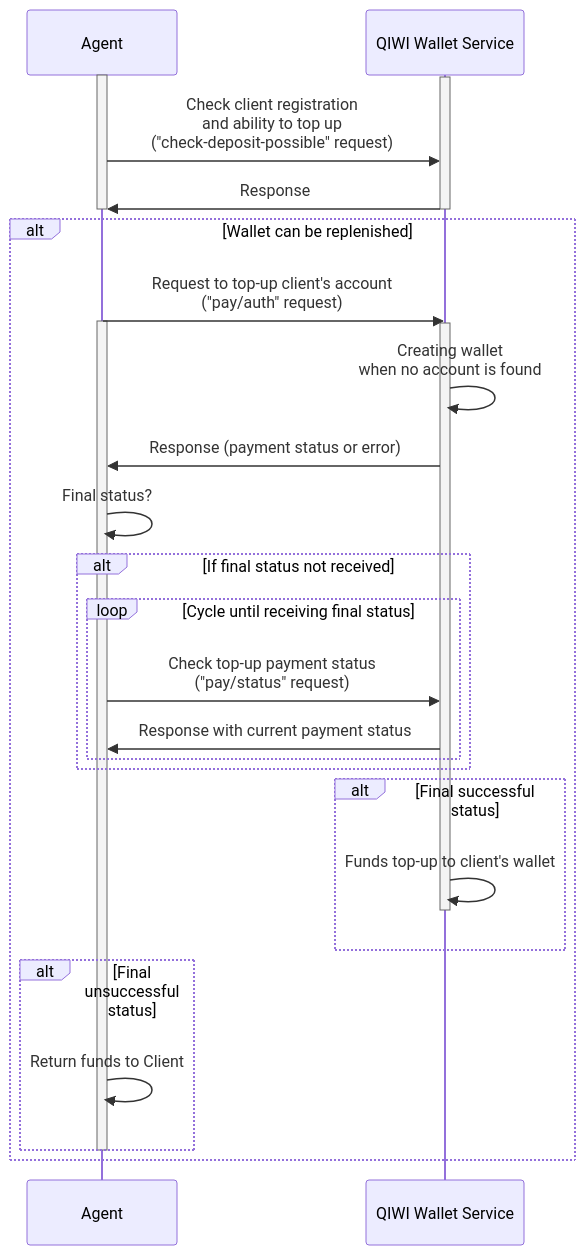
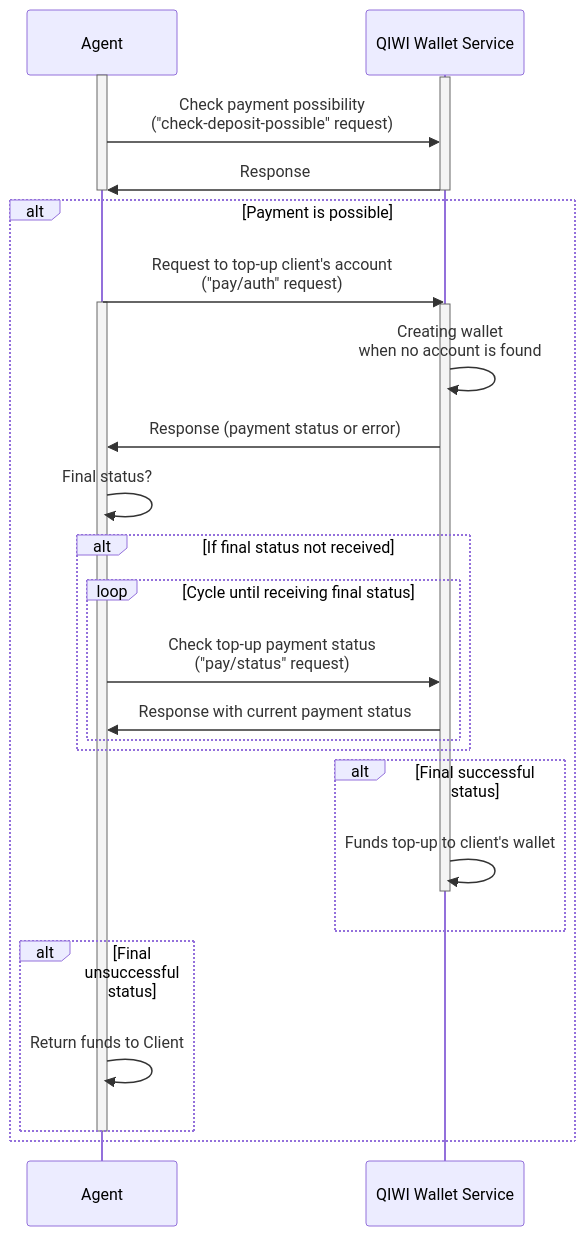
Before and after one commit to QIWI-API/topup-wallet-docs: the diagram in topup-wallet_en.html.md, drawn with Mermaid. The commit also changed other lines of this file and 13 other files, not shown here.

```diff
--- a/topup-wallet_en.html.md
+++ b/topup-wallet_en.html.md
@@ -89,33 +89,33 @@
 <div class="mermaid">
 sequenceDiagram
 participant Agent
 participant qb as QIWI Wallet Service
 activate Agent  
 activate qb  
-Agent->>qb:Check client registration<br>and ability to top up<br>("check-deposit-possible" request)
+Agent->>qb:Check payment possibility<br>("check-deposit-possible" request)
 qb->>Agent:Response
 deactivate Agent 
 deactivate qb  
-alt Wallet can be replenished
+alt Payment is possible
 Agent->>qb:Request to top-up client's account<br>("pay/auth" request)
 activate Agent  
 activate qb  
 qb->>qb:Creating wallet <br>when no account is found
 qb->>Agent:Response (payment status or error)
 Agent->>Agent:Final status?
 alt If final status not received
 loop Cycle until receiving final status
 Agent->>qb:Check top-up payment status<br>("pay/status" request)
 qb->>Agent:Response with current payment status
 end
 end
 alt Final successful status
 qb->>qb:Funds top-up to client's wallet
 deactivate qb
 end
 alt Final unsuccessful status
 Agent->>Agent:Return funds to Client
 end
 deactivate Agent
 end
 </div>
```
